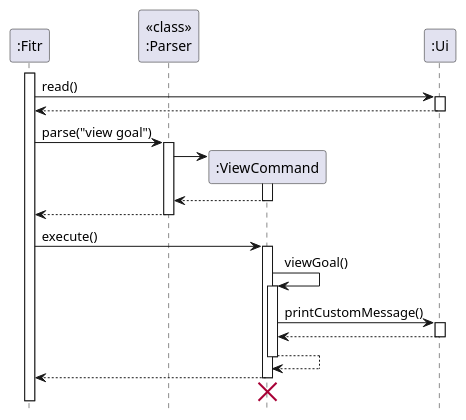
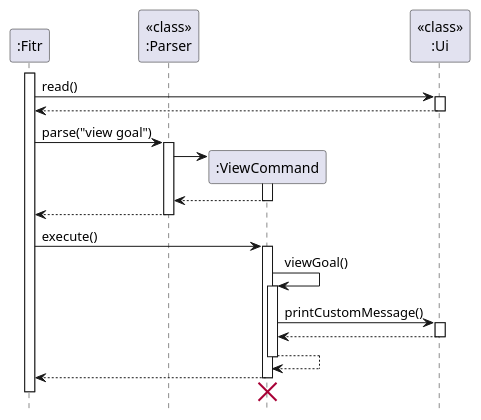
Before and after one commit to nus-cs2113-AY2021S1/tp: the diagram in docs/diagrams/ViewGoalSequenceDiagram.puml, drawn with PlantUML. The commit also changed 6 other files, not shown here.

```diff
--- a/docs/diagrams/ViewGoalSequenceDiagram.puml
+++ b/docs/diagrams/ViewGoalSequenceDiagram.puml
@@ -1,37 +1,38 @@
 @startuml
 skinparam Shadowing false
 
 participant ":Fitr"
 participant "<<class>>\n:Parser"
 participant ":ViewCommand"
 
 activate ":Fitr"
-":Fitr" -> ":Ui" : read()
-activate ":Ui"
-":Fitr" <-- ":Ui"
-deactivate ":Ui"
+":Fitr" -> "<<class>>\n:Ui" : read()
+activate "<<class>>\n:Ui"
+":Fitr" <-- "<<class>>\n:Ui"
+deactivate "<<class>>\n:Ui"
 
 ":Fitr" -> "<<class>>\n:Parser" : parse("view goal")
 activate "<<class>>\n:Parser"
 create ":ViewCommand"
 "<<class>>\n:Parser" -> ":ViewCommand" ++
 return
 ":Fitr" <-- "<<class>>\n:Parser"
 deactivate "<<class>>\n:Parser"
 
 ":Fitr" -> ":ViewCommand" : execute()
 activate ":ViewCommand"
 ":ViewCommand" -> ":ViewCommand" : viewGoal()
 activate ":ViewCommand"
-":ViewCommand" -> ":Ui" : printCustomMessage()
-activate ":Ui"
+":ViewCommand" -> "<<class>>\n:Ui" : printCustomMessage()
+activate "<<class>>\n:Ui"
 return
 return
 
 ":ViewCommand" --> ":Fitr"
 deactivate ":ViewCommand"
 ":ViewCommand" -[hidden]-> ":Fitr"
 destroy ":ViewCommand"
 
+deactivate ":Fitr"
 hide footbox
 @enduml
```
